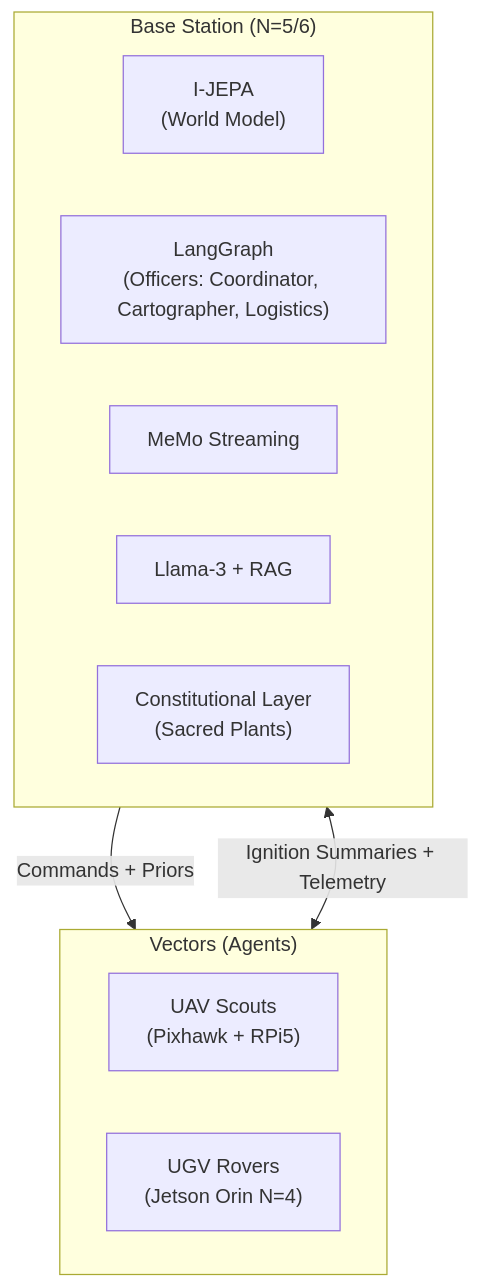
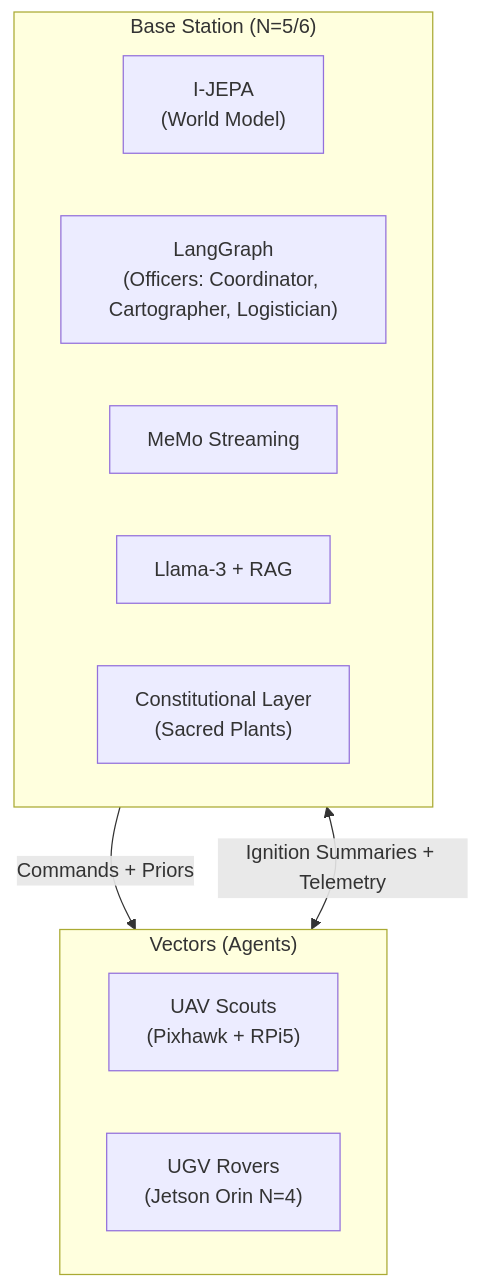
The first of 2 diagrams in mvp/mvp.md (AlainCo/GNWT-Garrigue-X-en), drawn with Mermaid before and after one commit. The commit also changed other lines of this file and 24 other files, not shown here.

````diff
--- a/mvp/mvp.md
+++ b/mvp/mvp.md
@@ -21,18 +21,18 @@
 ```mermaid
 flowchart TD
     subgraph Vecteurs ["Vectors (Agents)"]
-        UAV["UAV Scouts\n(Pixhawk + RPi5)"]
-        UGV["UGV Rovers\n(Jetson Orin N=4)"]
+        UAV["UAV Scouts<br>(Pixhawk + RPi5)"]
+        UGV["UGV Rovers<br>(Jetson Orin N=4)"]
     end
 
     subgraph QG ["Base Station (N=5/6)"]
-        JEPA["I-JEPA\n(World Model)"]
-        Agents["LangGraph\n(Officers: Coordinator, Cartographer, Logistics)"]
+        JEPA["I-JEPA<br>(World Model)"]
+        Agents["LangGraph<br>(Officers: Coordinator, Cartographer, Logistician)"]
         MeMo["MeMo Streaming"]
         LLM["Llama-3 + RAG"]
-        Const["Constitutional Layer\n(Sacred Plants)"]
+        Const["Constitutional Layer<br>(Sacred Plants)"]
     end
 
     Vecteurs <-->|"Ignition Summaries + Telemetry"| QG
     QG -->|"Commands + Priors"| Vecteurs
 ```
````
